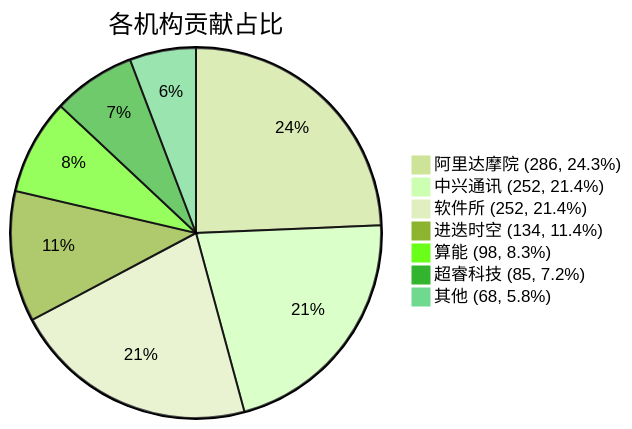
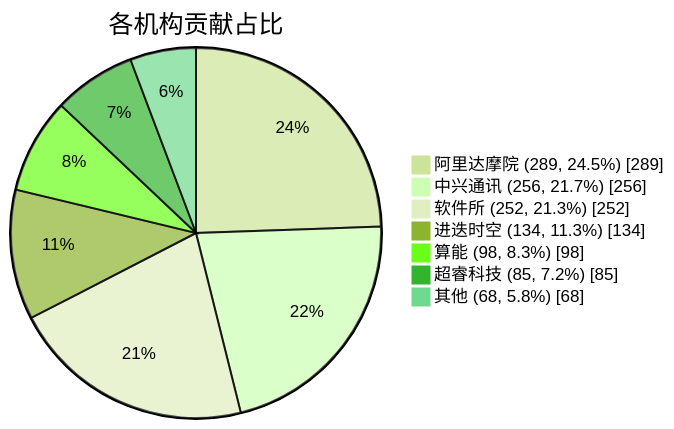
Before and after one commit to yinjiayi/rvck: the diagram in docs/index.md, drawn with Mermaid (forest theme). The commit also changed other lines of this file and 20 other files, not shown here.

````diff
--- a/docs/index.md
+++ b/docs/index.md
@@ -129,10 +135,10 @@
 ```mermaid
-pie title 各机构贡献占比
-    "阿里达摩院 (286, 24.3%)" : 286
-    "中兴通讯 (252, 21.4%)" : 252
-    "软件所 (252, 21.4%)" : 252
-    "进迭时空 (134, 11.4%)" : 134
+pie showData title 各机构贡献占比
+    "阿里达摩院 (289, 24.5%)" : 289
+    "中兴通讯 (256, 21.7%)" : 256
+    "软件所 (252, 21.3%)" : 252
+    "进迭时空 (134, 11.3%)" : 134
     "算能 (98, 8.3%)" : 98
     "超睿科技 (85, 7.2%)" : 85
     "其他 (68, 5.8%)" : 68
 ```
````
